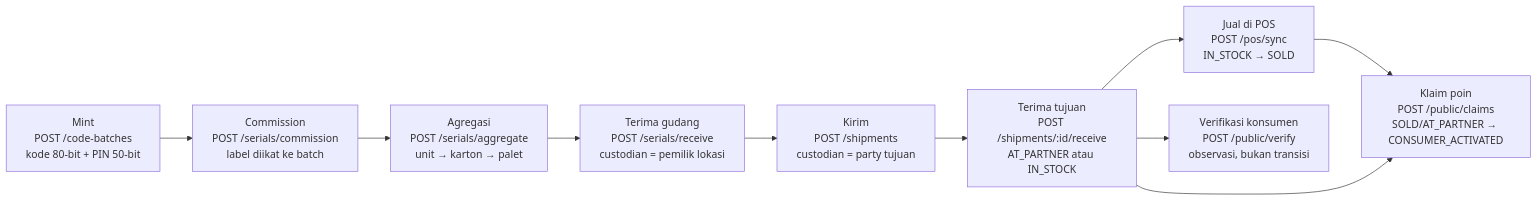
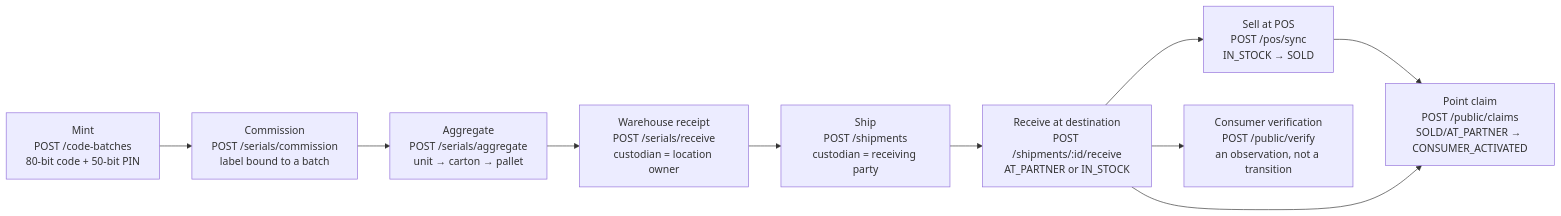
One commit to mydisha/mganik changed the second of 9 diagrams in ARCHITECTURE.md. Above: the diagram before and after it, drawn with Mermaid. The commit also changed other lines of this file and 4 other files, not shown here.

````diff
--- a/ARCHITECTURE.md
+++ b/ARCHITECTURE.md
@@ -185,12 +190,12 @@
 ```mermaid
 flowchart LR
-  M["Mint<br/>POST /code-batches<br/>kode 80-bit + PIN 50-bit"] --> C["Commission<br/>POST /serials/commission<br/>label diikat ke batch"]
-  C --> A["Agregasi<br/>POST /serials/aggregate<br/>unit → karton → palet"]
-  A --> R["Terima gudang<br/>POST /serials/receive<br/>custodian = pemilik lokasi"]
-  R --> S["Kirim<br/>POST /shipments<br/>custodian = party tujuan"]
-  S --> T["Terima tujuan<br/>POST /shipments/:id/receive<br/>AT_PARTNER atau IN_STOCK"]
-  T --> P["Jual di POS<br/>POST /pos/sync<br/>IN_STOCK → SOLD"]
-  T --> V["Verifikasi konsumen<br/>POST /public/verify<br/>observasi, bukan transisi"]
-  P --> K["Klaim poin<br/>POST /public/claims<br/>SOLD/AT_PARTNER → CONSUMER_ACTIVATED"]
+  M["Mint<br/>POST /code-batches<br/>80-bit code + 50-bit PIN"] --> C["Commission<br/>POST /serials/commission<br/>label bound to a batch"]
+  C --> A["Aggregate<br/>POST /serials/aggregate<br/>unit → carton → pallet"]
+  A --> R["Warehouse receipt<br/>POST /serials/receive<br/>custodian = location owner"]
+  R --> S["Ship<br/>POST /shipments<br/>custodian = receiving party"]
+  S --> T["Receive at destination<br/>POST /shipments/:id/receive<br/>AT_PARTNER or IN_STOCK"]
+  T --> P["Sell at POS<br/>POST /pos/sync<br/>IN_STOCK → SOLD"]
+  T --> V["Consumer verification<br/>POST /public/verify<br/>an observation, not a transition"]
+  P --> K["Point claim<br/>POST /public/claims<br/>SOLD/AT_PARTNER → CONSUMER_ACTIVATED"]
   T --> K
 ```
````
